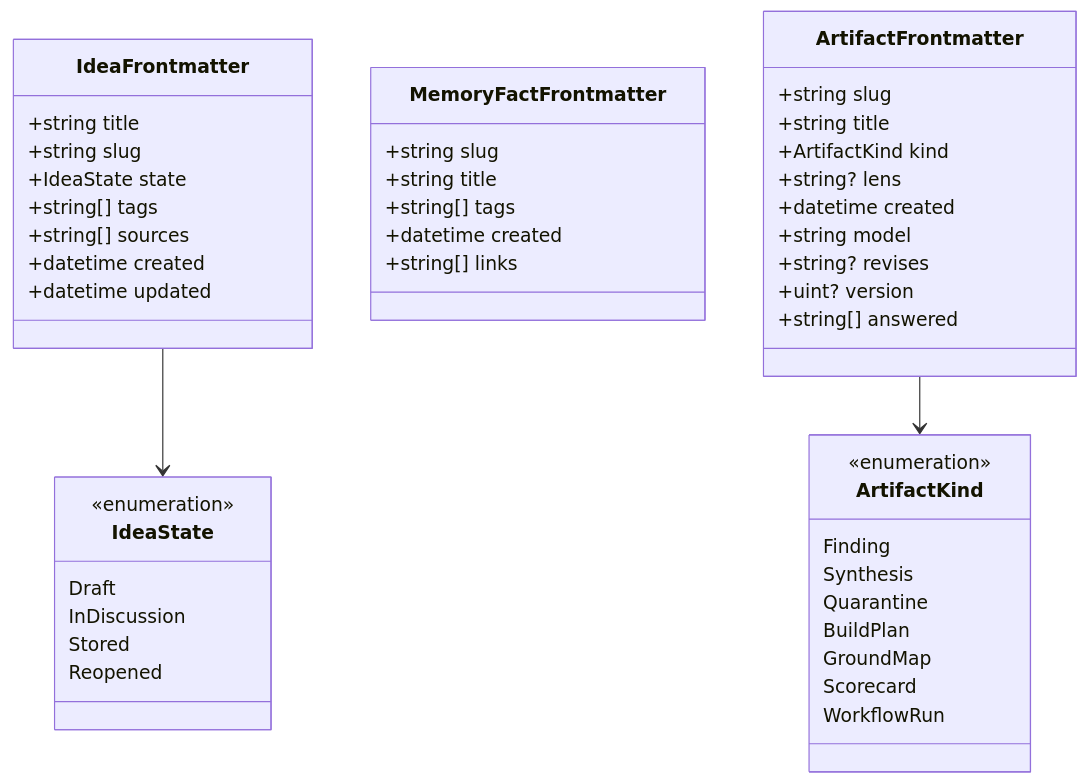
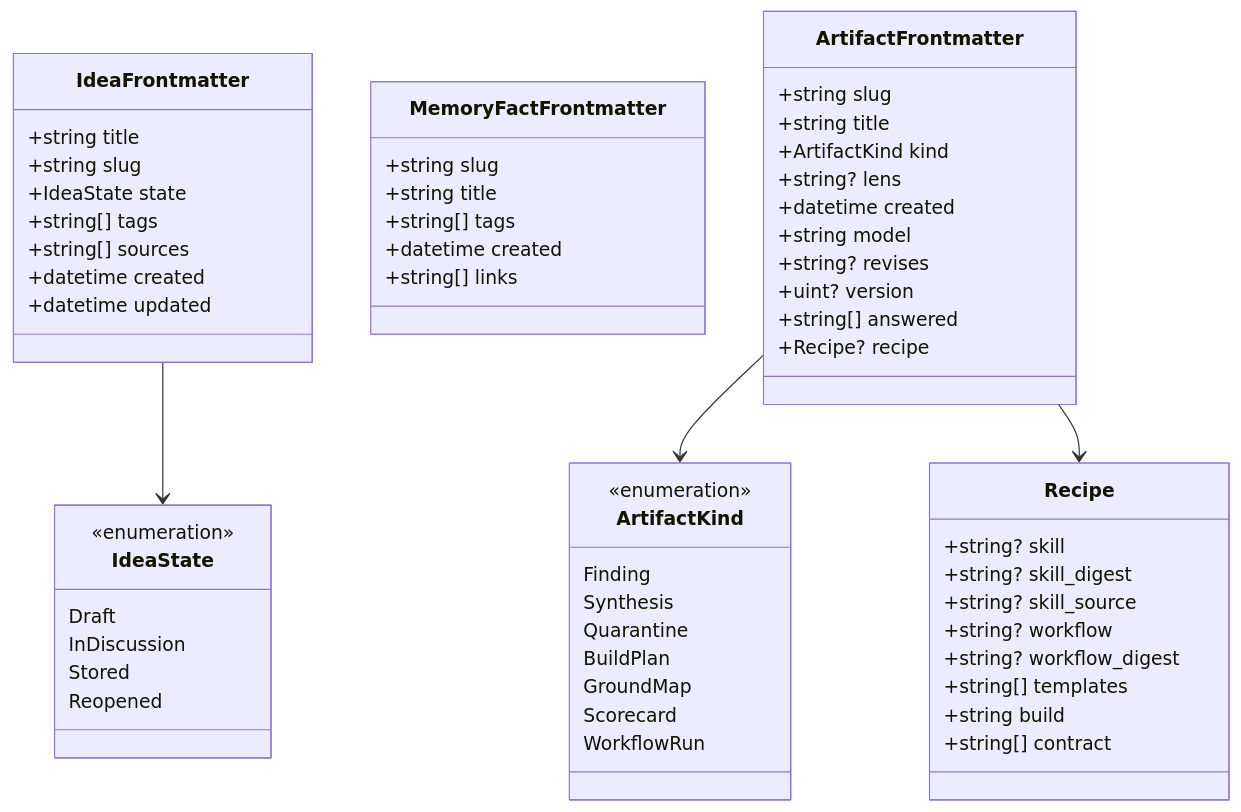
One commit to jasdian/idea-vault changed the second of 5 diagrams in docs/03-data-model.md. Above: the diagram before and after it, drawn with Mermaid. The commit also changed other lines of this file and 30 other files, not shown here.

````diff
--- a/docs/03-data-model.md
+++ b/docs/03-data-model.md
@@ -200,49 +205,61 @@
 ```mermaid
 classDiagram
     class IdeaFrontmatter {
         +string title
         +string slug
         +IdeaState state
         +string[] tags
         +string[] sources
         +datetime created
         +datetime updated
     }
     class IdeaState {
         <<enumeration>>
         Draft
         InDiscussion
         Stored
         Reopened
     }
     class MemoryFactFrontmatter {
         +string slug
         +string title
         +string[] tags
         +datetime created
         +string[] links
     }
     class ArtifactFrontmatter {
         +string slug
         +string title
         +ArtifactKind kind
         +string? lens
         +datetime created
         +string model
         +string? revises
         +uint? version
         +string[] answered
+        +Recipe? recipe
+    }
+    class Recipe {
+        +string? skill
+        +string? skill_digest
+        +string? skill_source
+        +string? workflow
+        +string? workflow_digest
+        +string[] templates
+        +string build
+        +string[] contract
     }
     class ArtifactKind {
         <<enumeration>>
         Finding
         Synthesis
         Quarantine
         BuildPlan
         GroundMap
         Scorecard
         WorkflowRun
     }
     IdeaFrontmatter --> IdeaState
     ArtifactFrontmatter --> ArtifactKind
+    ArtifactFrontmatter --> Recipe
 ```
````
